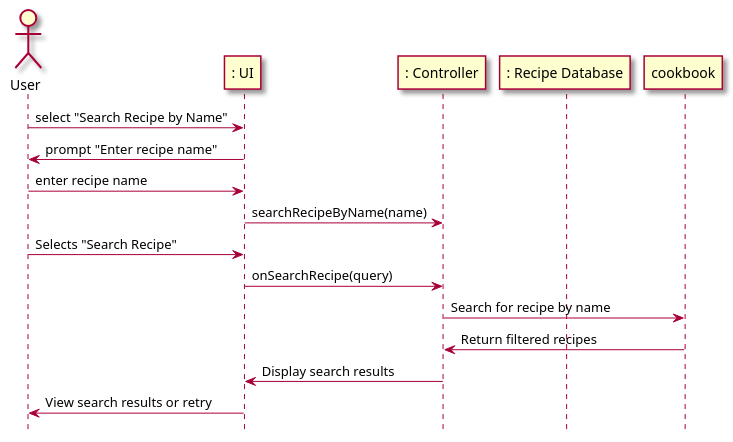
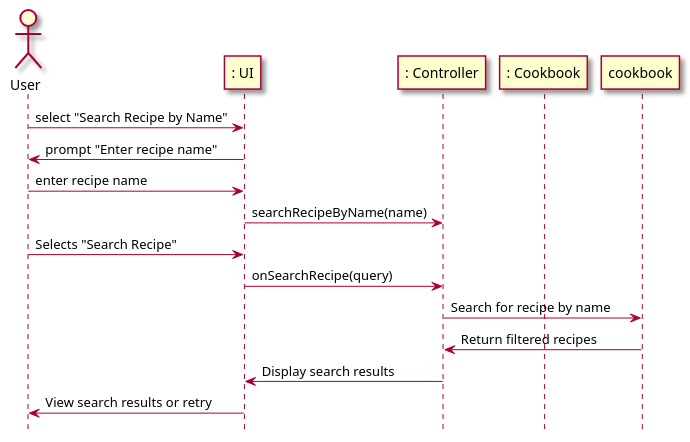
The second of 2 diagrams in intellij/doc/use-cases/search_recipes.md (berthashipper/Pantry-Pal-Android-Application), drawn with PlantUML before and after one commit. The commit also changed 18 other files, not shown here.

````diff
--- a/intellij/doc/use-cases/search_recipes.md
+++ b/intellij/doc/use-cases/search_recipes.md
@@ -68,25 +68,25 @@
 ```plantuml
 @startuml
 skin rose
 
 hide footbox
 
 actor User as user
 participant ": UI" as ui
 participant ": Controller" as cont
-participant ": Recipe Database" as db
+participant ": Cookbook" as db
 
 user -> ui : select "Search Recipe by Name"
 ui -> user : prompt "Enter recipe name"
 user -> ui : enter recipe name
 ui -> cont : searchRecipeByName(name)
 
 
 user -> ui : Selects "Search Recipe"
 ui -> cont : onSearchRecipe(query)
 cont -> cookbook : Search for recipe by name
 cookbook -> cont : Return filtered recipes
 cont -> ui : Display search results
 ui -> user : View search results or retry
 @enduml
 ```
````
